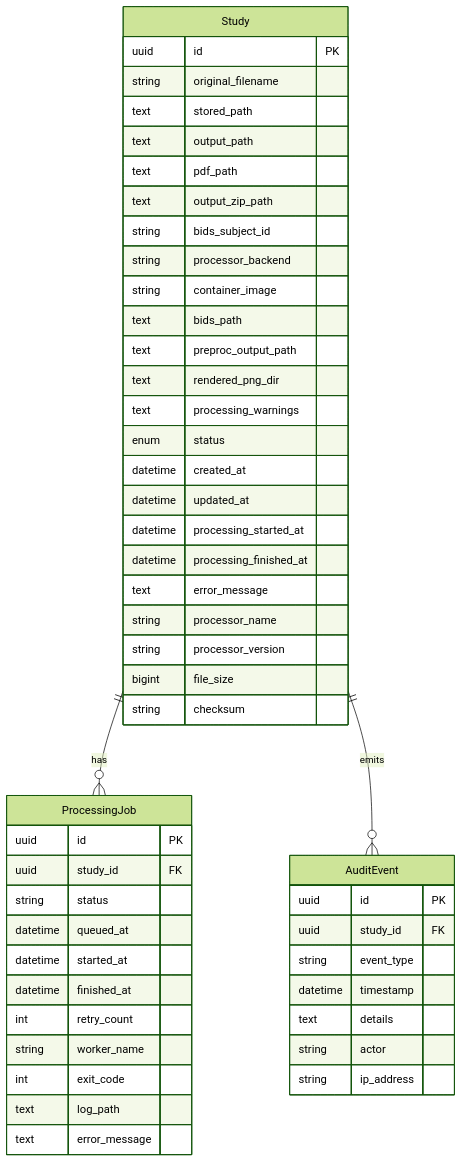
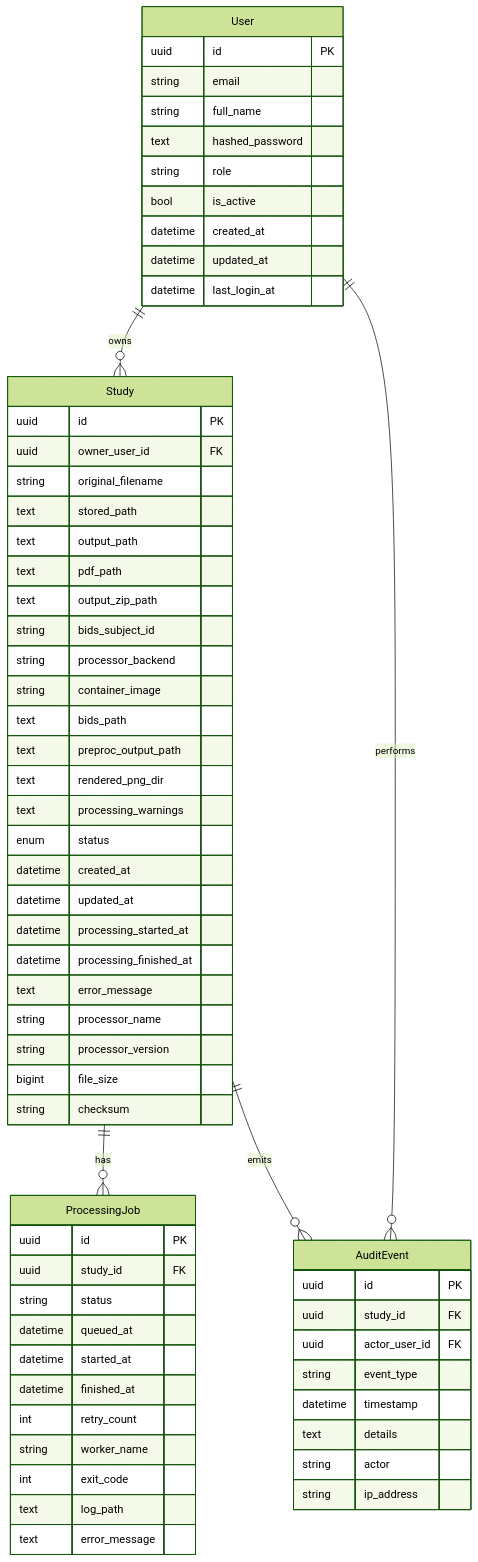
The second of 4 diagrams in docs/architecture.md (suhartx/neuroimagen-server-biocruces), drawn with Mermaid (forest theme) before and after one commit. The commit also changed other lines of this file and 37 other files, not shown here.

````diff
--- a/docs/architecture.md
+++ b/docs/architecture.md
@@ -61,52 +61,67 @@
 ```mermaid
 erDiagram
+  User ||--o{ Study : owns
+  User ||--o{ AuditEvent : performs
   Study ||--o{ ProcessingJob : has
   Study ||--o{ AuditEvent : emits
+  User {
+    uuid id PK
+    string email
+    string full_name
+    text hashed_password
+    string role
+    bool is_active
+    datetime created_at
+    datetime updated_at
+    datetime last_login_at
+  }
   Study {
     uuid id PK
+    uuid owner_user_id FK
     string original_filename
     text stored_path
     text output_path
     text pdf_path
     text output_zip_path
     string bids_subject_id
     string processor_backend
     string container_image
     text bids_path
     text preproc_output_path
     text rendered_png_dir
     text processing_warnings
     enum status
     datetime created_at
     datetime updated_at
     datetime processing_started_at
     datetime processing_finished_at
     text error_message
     string processor_name
     string processor_version
     bigint file_size
     string checksum
   }
   ProcessingJob {
     uuid id PK
     uuid study_id FK
     string status
     datetime queued_at
     datetime started_at
     datetime finished_at
     int retry_count
     string worker_name
     int exit_code
     text log_path
     text error_message
   }
   AuditEvent {
     uuid id PK
     uuid study_id FK
+    uuid actor_user_id FK
     string event_type
     datetime timestamp
     text details
     string actor
     string ip_address
   }
 ```
````
